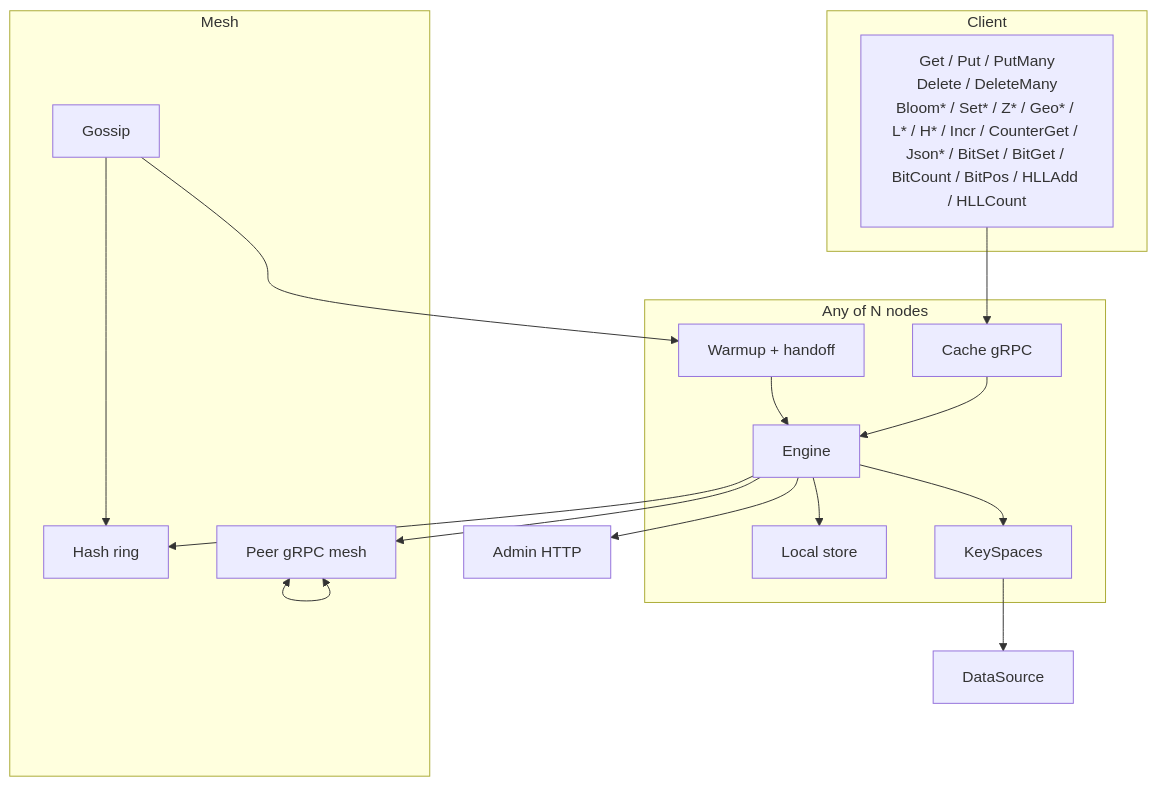
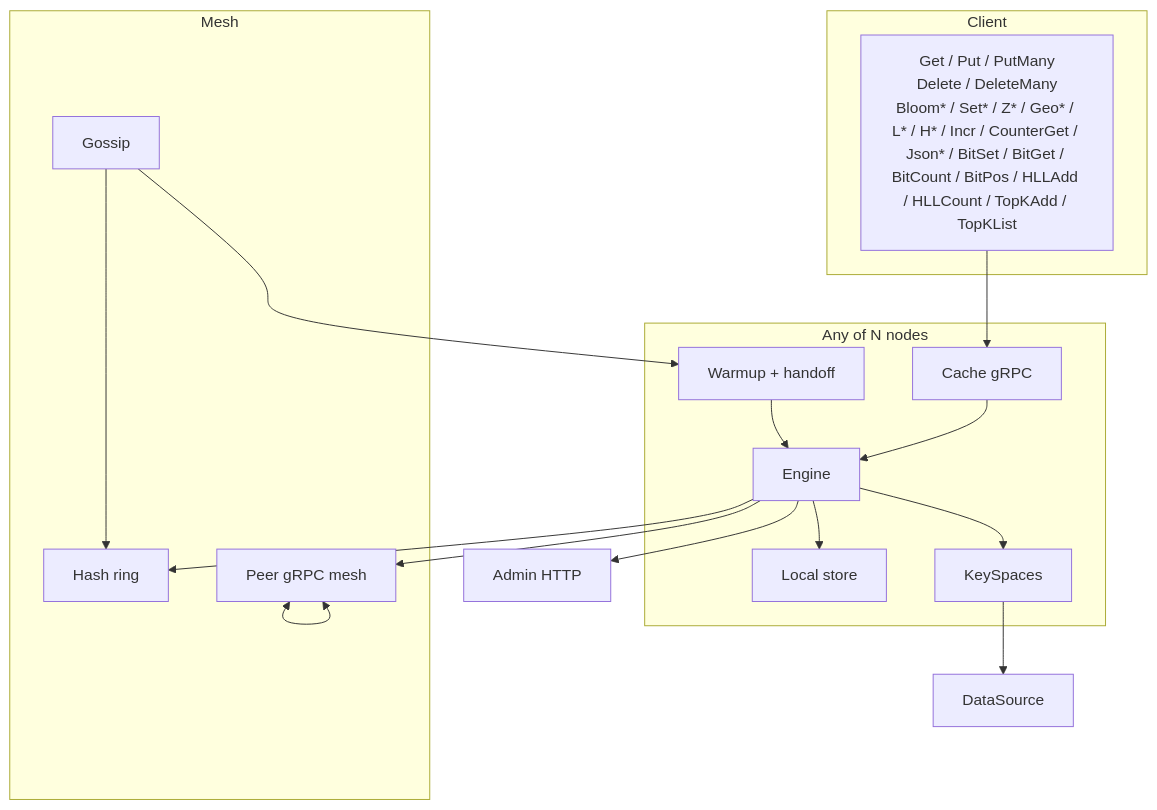
Diagram 16 of 18 in docs/CLUSTER_FLOWS.md (Code0987/supercache), drawn with Mermaid before and after one commit. The commit also changed other lines of this file and 54 other files, not shown here.

````diff
--- a/docs/CLUSTER_FLOWS.md
+++ b/docs/CLUSTER_FLOWS.md
@@ -349,34 +350,34 @@
 ```mermaid
 flowchart TB
   subgraph Client
-    OPS["Get / Put / PutMany<br/>Delete / DeleteMany<br/>Bloom* / Set* / Z* / Geo* / L* / H* / Incr / CounterGet / Json* / BitSet / BitGet / BitCount / BitPos / HLLAdd / HLLCount"]
+    OPS["Get / Put / PutMany<br/>Delete / DeleteMany<br/>Bloom* / Set* / Z* / Geo* / L* / H* / Incr / CounterGet / Json* / BitSet / BitGet / BitCount / BitPos / HLLAdd / HLLCount / TopKAdd / TopKList"]
   end
 
   subgraph Node["Any of N nodes"]
     CG["Cache gRPC"]
     EN["Engine"]
     ST["Local store"]
     KS["KeySpaces"]
     WM["Warmup + handoff"]
   end
 
   subgraph Mesh
     RING["Hash ring"]
     PG["Peer gRPC mesh"]
     GOS["Gossip"]
   end
 
   DS["DataSource"]
   ADM["Admin HTTP"]
 
   OPS --> CG --> EN
   EN --> ST
   EN --> KS
   EN --> RING
   EN --> PG
   KS --> DS
   GOS --> RING
   GOS --> WM --> EN
   EN --> ADM
   PG <--> PG
 ```
````
